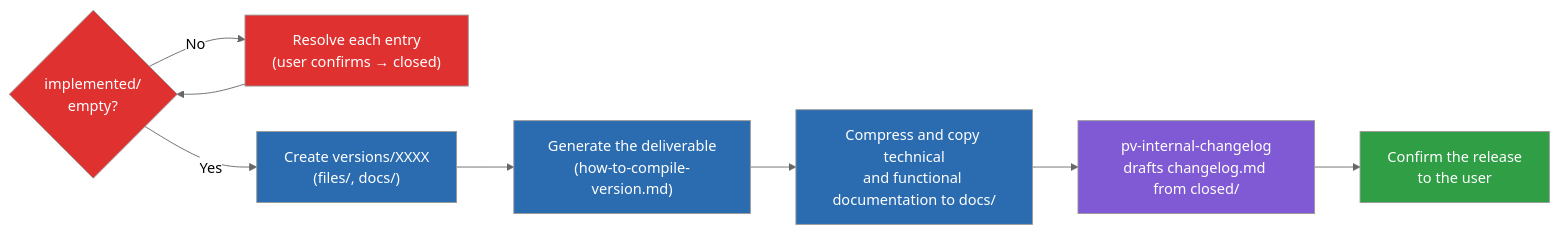
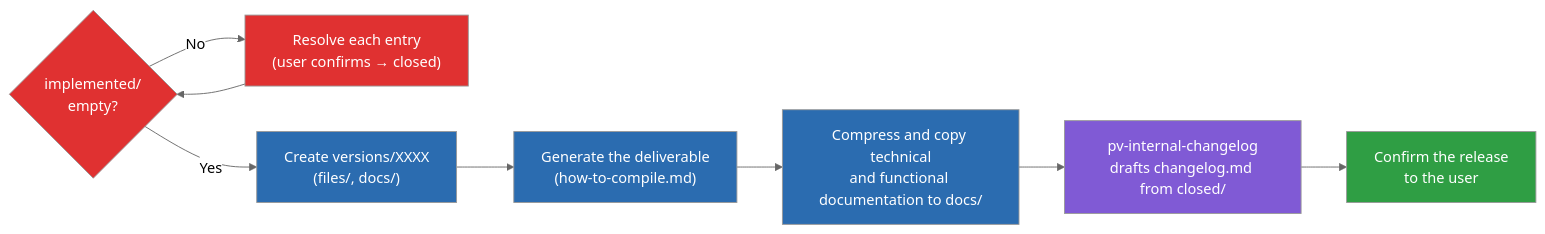
The second of 2 diagrams in .claude/pv-doc/pv-guide.en.md (yeyopepe/previo-sdd), drawn with Mermaid (neutral theme) before and after one commit. The commit also changed other lines of this file and 18 other files, not shown here.

````diff
--- a/.claude/pv-doc/pv-guide.en.md
+++ b/.claude/pv-doc/pv-guide.en.md
@@ -242,22 +242,22 @@
 ```mermaid
 flowchart LR
     Guard{"implemented/\nempty?"}
     Resolve["Resolve each entry\n(user confirms → closed)"]
     Folder["Create versions/XXXX\n(files/, docs/)"]
-    Compile["Generate the deliverable\n(how-to-compile-version.md)"]
+    Compile["Generate the deliverable\n(how-to-compile.md)"]
     Docs["Compress and copy technical\nand functional documentation to docs/"]
     Changelog["pv-internal-changelog\ndrafts changelog.md from closed/"]
     Confirm["Confirm the release\nto the user"]
 
     Guard -- No --> Resolve --> Guard
     Guard -- Yes --> Folder --> Compile --> Docs --> Changelog --> Confirm
 
     classDef guardrail fill:#e03131,color:#fff
     classDef core fill:#2b6cb0,color:#fff
     classDef internal fill:#805ad5,color:#fff
     classDef done fill:#2f9e44,color:#fff
     class Guard,Resolve guardrail
     class Folder,Compile,Docs core
     class Changelog internal
     class Confirm done
 ```
````
